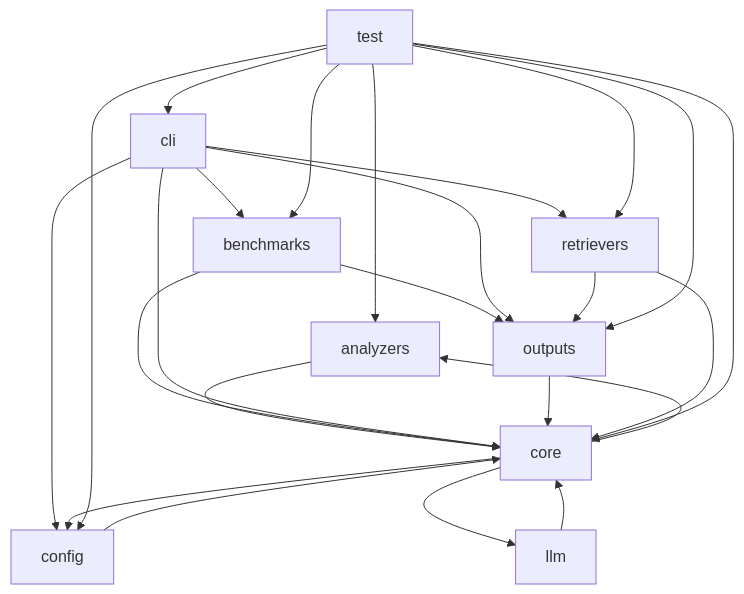
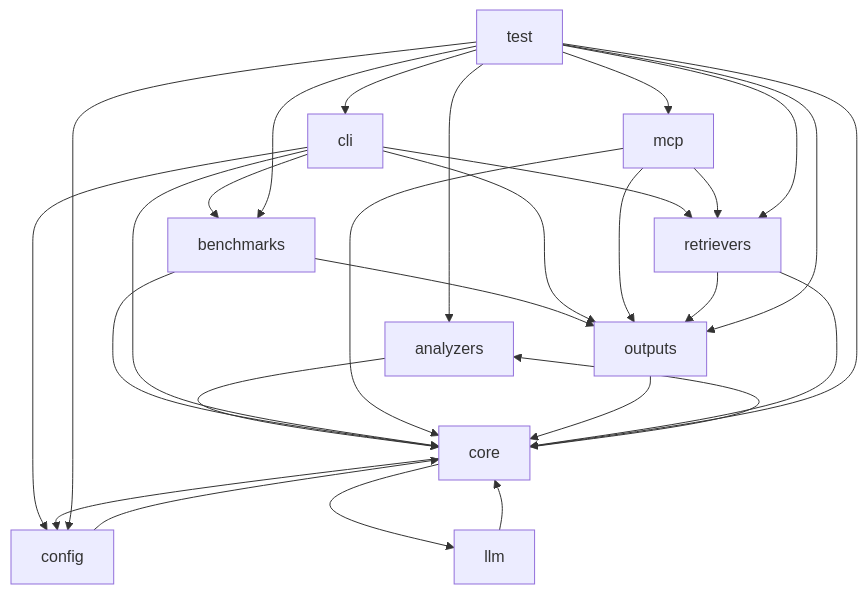
The diagram in .agent-context/dependency-graph.md (whut09/Code-Agent-plusplus), drawn with Mermaid before and after one commit. The commit also changed other lines of this file and 36 other files, not shown here.

````diff
--- a/.agent-context/dependency-graph.md
+++ b/.agent-context/dependency-graph.md
@@ -4,26 +4,30 @@
 ```mermaid
 graph TD
   analyzers["analyzers"] --> core["core"]
   benchmarks["benchmarks"] --> core["core"]
   benchmarks["benchmarks"] --> outputs["outputs"]
   cli["cli"] --> benchmarks["benchmarks"]
   cli["cli"] --> config["config"]
   cli["cli"] --> core["core"]
   cli["cli"] --> outputs["outputs"]
   cli["cli"] --> retrievers["retrievers"]
   config["config"] --> core["core"]
   core["core"] --> analyzers["analyzers"]
   core["core"] --> config["config"]
   core["core"] --> llm["llm"]
   llm["llm"] --> core["core"]
+  mcp["mcp"] --> core["core"]
+  mcp["mcp"] --> outputs["outputs"]
+  mcp["mcp"] --> retrievers["retrievers"]
   outputs["outputs"] --> core["core"]
   retrievers["retrievers"] --> core["core"]
   retrievers["retrievers"] --> outputs["outputs"]
   test["test"] --> analyzers["analyzers"]
   test["test"] --> benchmarks["benchmarks"]
   test["test"] --> cli["cli"]
   test["test"] --> config["config"]
   test["test"] --> core["core"]
+  test["test"] --> mcp["mcp"]
   test["test"] --> outputs["outputs"]
   test["test"] --> retrievers["retrievers"]
 ```
````
